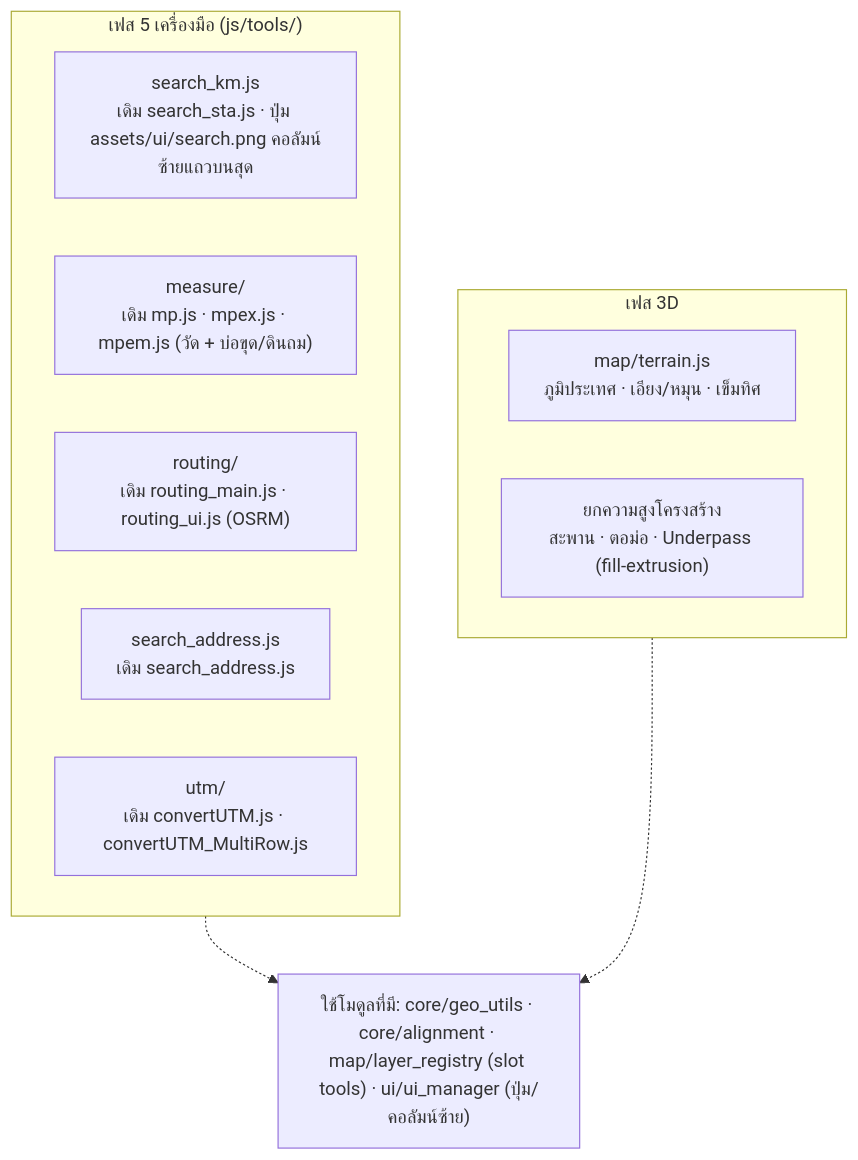
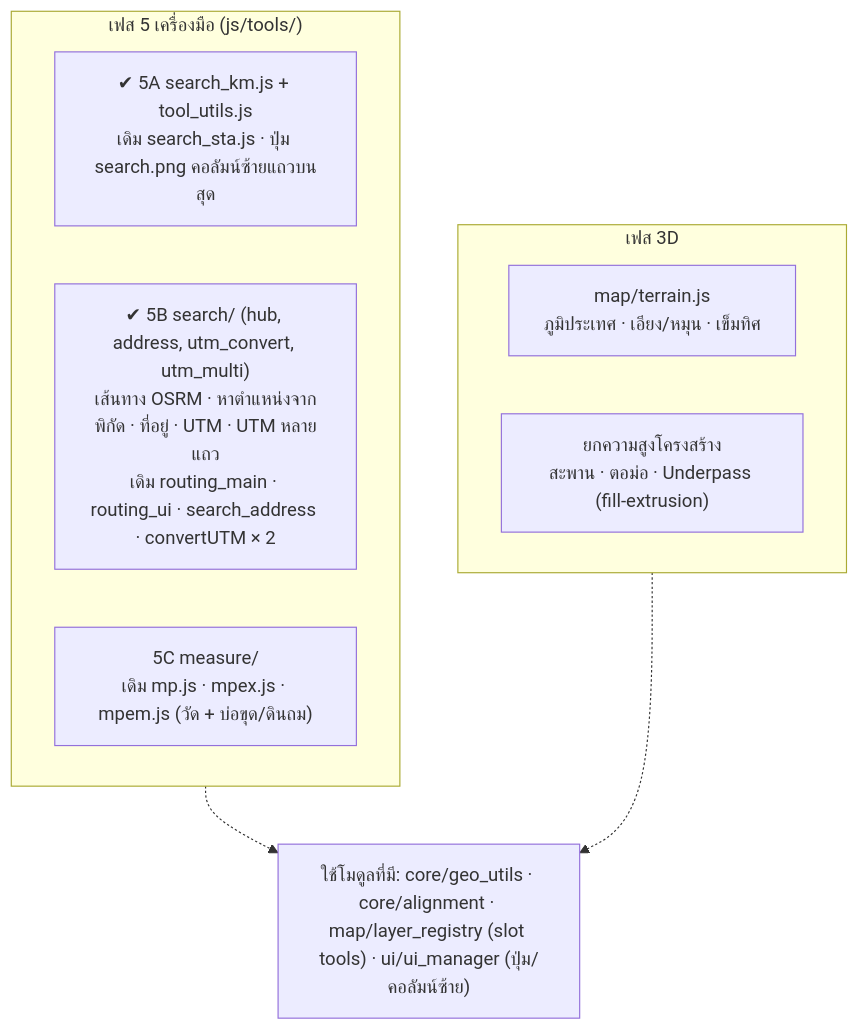
Before and after one commit to mr-pairot/bpnp-map3d: the fourth of 4 diagrams in docs/ARCHITECTURE.md, drawn with Mermaid. The commit also changed other lines of this file and 18 other files, not shown here.

````diff
--- a/docs/ARCHITECTURE.md
+++ b/docs/ARCHITECTURE.md
@@ -113,17 +119,15 @@
 ```mermaid
 flowchart TB
     subgraph P5["เฟส 5 เครื่องมือ (js/tools/)"]
-        t1["search_km.js<br/>เดิม search_sta.js · ปุ่ม assets/ui/search.png คอลัมน์ซ้ายแถวบนสุด"]
-        t2["measure/<br/>เดิม mp.js · mpex.js · mpem.js (วัด + บ่อขุด/ดินถม)"]
-        t3["routing/<br/>เดิม routing_main.js · routing_ui.js (OSRM)"]
-        t4["search_address.js<br/>เดิม search_address.js"]
-        t5["utm/<br/>เดิม convertUTM.js · convertUTM_MultiRow.js"]
+        t1["✔ 5A search_km.js + tool_utils.js<br/>เดิม search_sta.js · ปุ่ม search.png คอลัมน์ซ้ายแถวบนสุด"]
+        t3["✔ 5B search/ (hub, address, utm_convert, utm_multi)<br/>เส้นทาง OSRM · หาตำแหน่งจากพิกัด · ที่อยู่ · UTM · UTM หลายแถว<br/>เดิม routing_main · routing_ui · search_address · convertUTM × 2"]
+        t2["5C measure/<br/>เดิม mp.js · mpex.js · mpem.js (วัด + บ่อขุด/ดินถม)"]
     end
     subgraph D3["เฟส 3D"]
         d1["map/terrain.js<br/>ภูมิประเทศ · เอียง/หมุน · เข็มทิศ"]
         d2["ยกความสูงโครงสร้าง<br/>สะพาน · ตอม่อ · Underpass (fill-extrusion)"]
     end
     U["ใช้โมดูลที่มี: core/geo_utils · core/alignment · map/layer_registry (slot tools) · ui/ui_manager (ปุ่ม/คอลัมน์ซ้าย)"]
     P5 -.-> U
     D3 -.-> U
 ```
````
